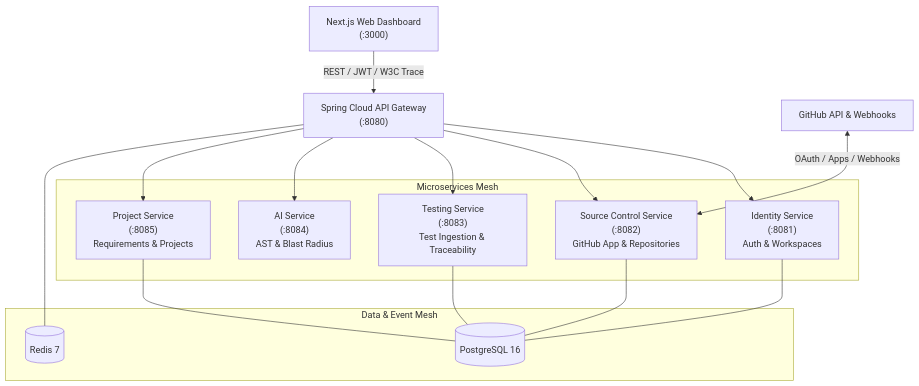
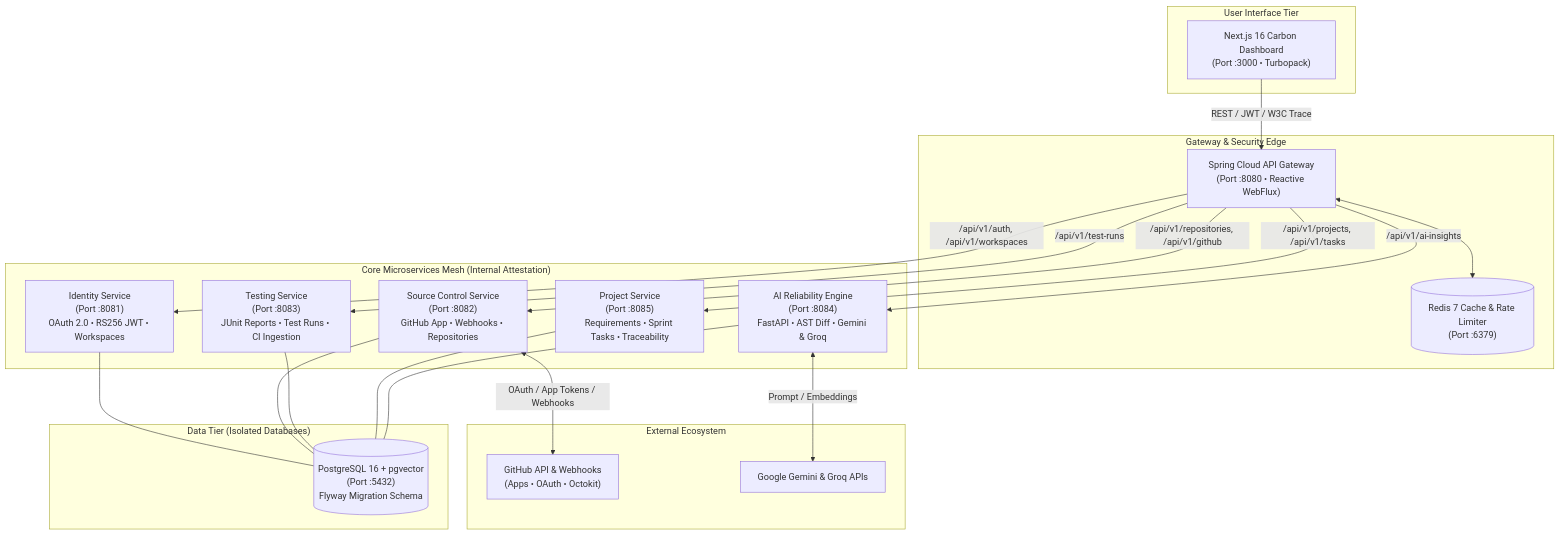
One commit to rajpagare01/ForgeAI changed the first of 2 diagrams in README.md. Above: the diagram before and after it, drawn with Mermaid. The commit also changed other lines of this file, not shown here.

Commit message:
docs(readme): redesign README with modern enterprise architecture, diagrams and specifications

````diff
--- a/README.md
+++ b/README.md
@@ -30,34 +87,46 @@
 ```mermaid
 flowchart TD
-    Browser["Next.js Web Dashboard\n(:3000)"]
-    Gateway["Spring Cloud API Gateway\n(:8080)"]
-    
-    Browser -->|REST / JWT / W3C Trace| Gateway
-    
-    subgraph Microservices ["Microservices Mesh"]
-        Identity["Identity Service\n(:8081)\nAuth & Workspaces"]
-        SourceCtrl["Source Control Service\n(:8082)\nGitHub App & Repositories"]
-        Testing["Testing Service\n(:8083)\nTest Ingestion & Traceability"]
-        AI["AI Service\n(:8084)\nAST & Blast Radius"]
-        Project["Project Service\n(:8085)\nRequirements & Projects"]
+    subgraph ClientTier ["User Interface Tier"]
+        UI["Next.js 16 Carbon Dashboard\n(Port :3000 • Turbopack)"]
     end
 
-    Gateway --> Identity
-    Gateway --> SourceCtrl
-    Gateway --> Testing
-    Gateway --> AI
-    Gateway --> Project
-
-    GitHub["GitHub API & Webhooks"] <-->|OAuth / Apps / Webhooks| SourceCtrl
-    
-    subgraph Persistence ["Data & Event Mesh"]
-        Postgres[(PostgreSQL 16)]
-        Redis[(Redis 7)]
+    subgraph EdgeTier ["Gateway & Security Edge"]
+        GW["Spring Cloud API Gateway\n(Port :8080 • Reactive WebFlux)"]
+        Redis[("Redis 7 Cache & Rate Limiter\n(Port :6379)")]
+        GW <--> Redis
     end
 
-    Identity --- Postgres
-    SourceCtrl --- Postgres
-    Testing --- Postgres
-    Project --- Postgres
-    Gateway --- Redis
+    subgraph ServiceMesh ["Core Microservices Mesh (Internal Attestation)"]
+        Identity["Identity Service\n(Port :8081)\nOAuth 2.0 • RS256 JWT • Workspaces"]
+        SourceControl["Source Control Service\n(Port :8082)\nGitHub App • Webhooks • Repositories"]
+        Testing["Testing Service\n(Port :8083)\nJUnit Reports • Test Runs • CI Ingestion"]
+        Project["Project Service\n(Port :8085)\nRequirements • Sprint Tasks • Traceability"]
+        AI["AI Reliability Engine\n(Port :8084)\nFastAPI • AST Diff • Gemini & Groq"]
+    end
+
+    subgraph External ["External Ecosystem"]
+        GitHub["GitHub API & Webhooks\n(Apps • OAuth • Octokit)"]
+        LLM["Google Gemini & Groq APIs"]
+    end
+
+    subgraph Persistence ["Data Tier (Isolated Databases)"]
+        PG[("PostgreSQL 16 + pgvector\n(Port :5432)\nFlyway Migration Schema")]
+    end
+
+    UI -->|REST / JWT / W3C Trace| GW
+
+    GW -->|/api/v1/auth, /api/v1/workspaces| Identity
+    GW -->|/api/v1/repositories, /api/v1/github| SourceControl
+    GW -->|/api/v1/test-runs| Testing
+    GW -->|/api/v1/projects, /api/v1/tasks| Project
+    GW -->|/api/v1/ai-insights| AI
+
+    SourceControl <-->|OAuth / App Tokens / Webhooks| GitHub
+    AI <-->|Prompt / Embeddings| LLM
+
+    Identity --- PG
+    SourceControl --- PG
+    Testing --- PG
+    Project --- PG
+    AI --- PG
 ```
````
